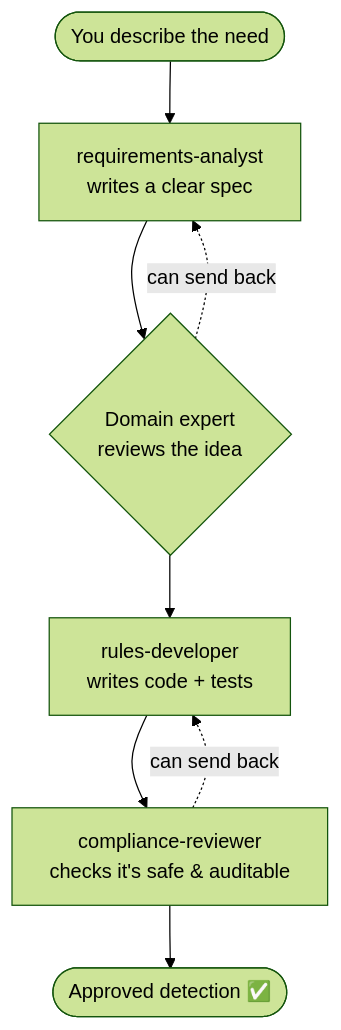
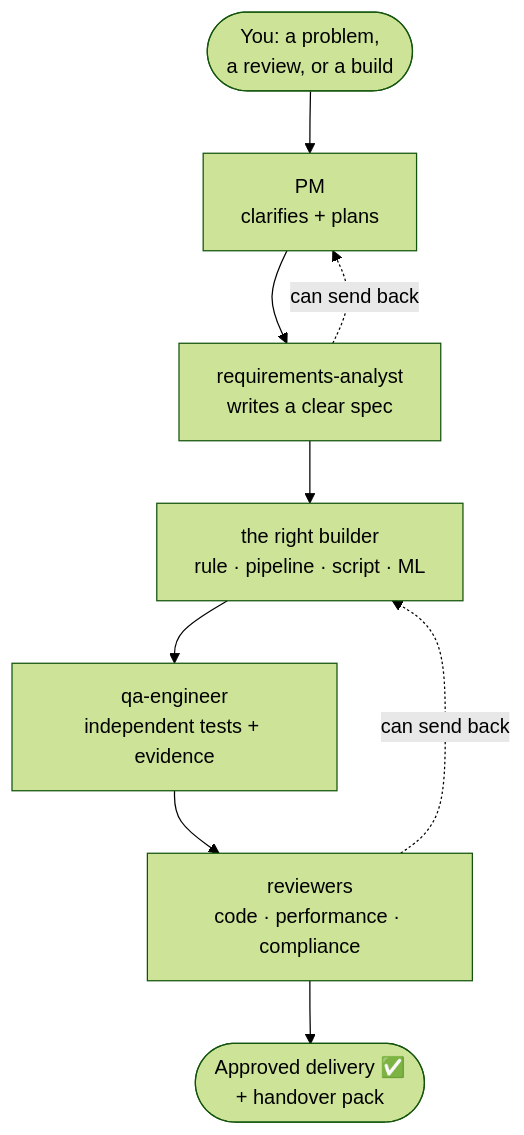
One commit to danieledge/virtual-surv-IT changed the first of 2 diagrams in docs/OVERVIEW.md. Above: the diagram before and after it, drawn with Mermaid (forest theme). The commit also changed other lines of this file and 12 other files, not shown here.

First line of the commit message:
Claude Code setup review: fix invalid memory field, harden, reframe

````diff
--- a/docs/OVERVIEW.md
+++ b/docs/OVERVIEW.md
@@ -89,10 +95,11 @@
 ```mermaid
 flowchart TD
-    You([You describe the need]) --> RA[requirements-analyst<br/>writes a clear spec]
-    RA --> SME{Domain expert<br/>reviews the idea}
-    SME --> Dev[rules-developer<br/>writes code + tests]
-    Dev --> Rev[compliance-reviewer<br/>checks it's safe & auditable]
-    Rev --> Done([Approved detection ✅])
-    SME -. can send back .-> RA
-    Rev -. can send back .-> Dev
+    You([You: a problem,<br/>a review, or a build]) --> PM[PM<br/>clarifies + plans]
+    PM --> RA[requirements-analyst<br/>writes a clear spec]
+    RA --> Build[the right builder<br/>rule · pipeline · script · ML]
+    Build --> QA[qa-engineer<br/>independent tests + evidence]
+    QA --> Rev[reviewers<br/>code · performance · compliance]
+    Rev --> Done([Approved delivery ✅<br/>+ handover pack])
+    RA -. can send back .-> PM
+    Rev -. can send back .-> Build
 ```
````
